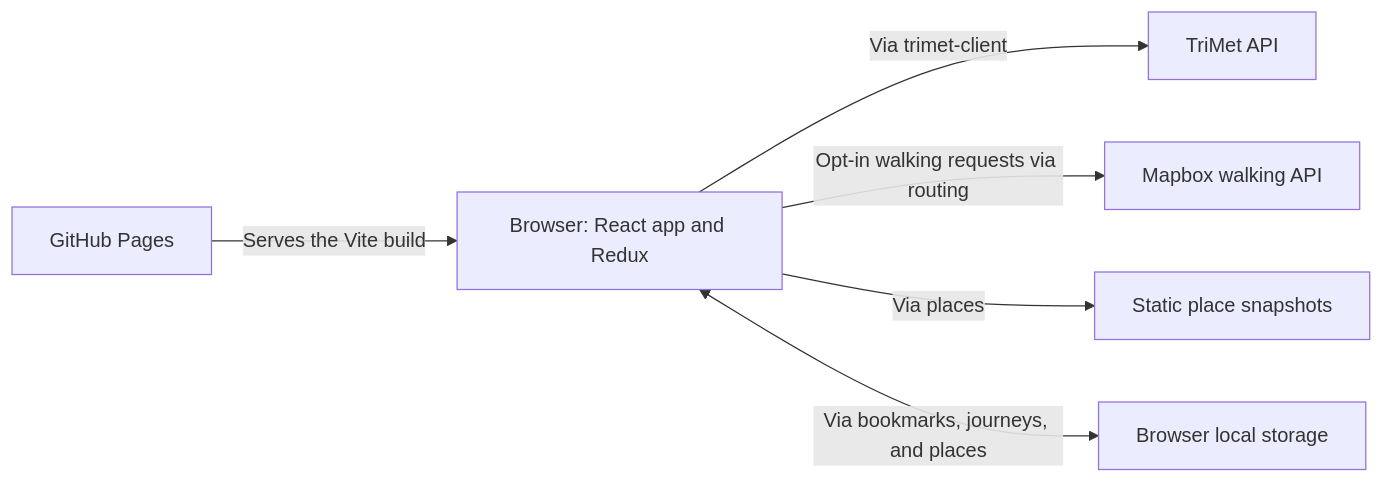
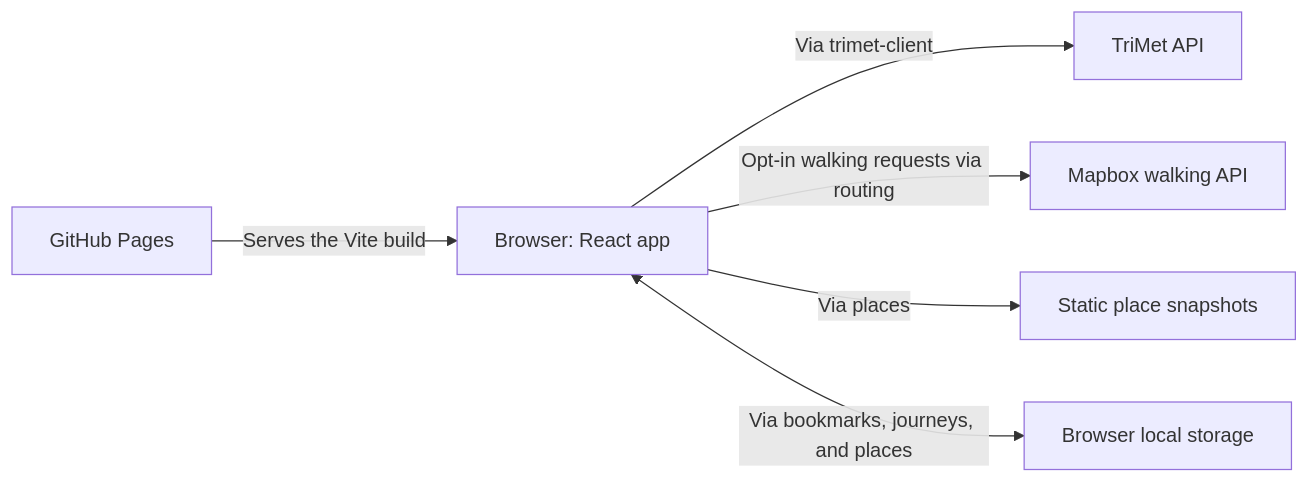
The first of 2 diagrams in docs/architecture.md (wintermuted/trimet-arrivals), drawn with Mermaid before and after one commit. The commit also changed other lines of this file and 22 other files, not shown here.

````diff
--- a/docs/architecture.md
+++ b/docs/architecture.md
@@ -30,8 +30,8 @@
 ```mermaid
 flowchart LR
-    pages["GitHub Pages"] -->|Serves the Vite build| app["Browser: React app and Redux"]
+    pages["GitHub Pages"] -->|Serves the Vite build| app["Browser: React app"]
     app -->|Via trimet-client| trimet["TriMet API"]
     app -->|Opt-in walking requests via routing| mapbox["Mapbox walking API"]
     app -->|Via places| snapshots["Static place snapshots"]
     app <-->|Via bookmarks, journeys, and places| storage["Browser local storage"]
 ```
````
